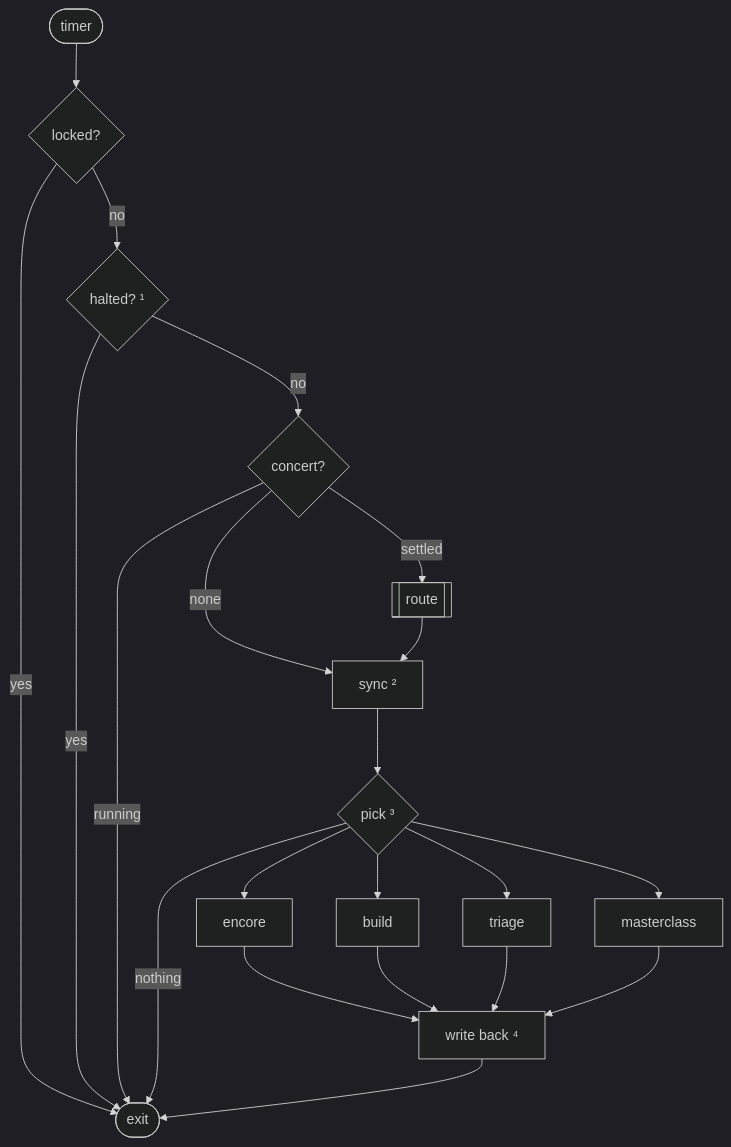
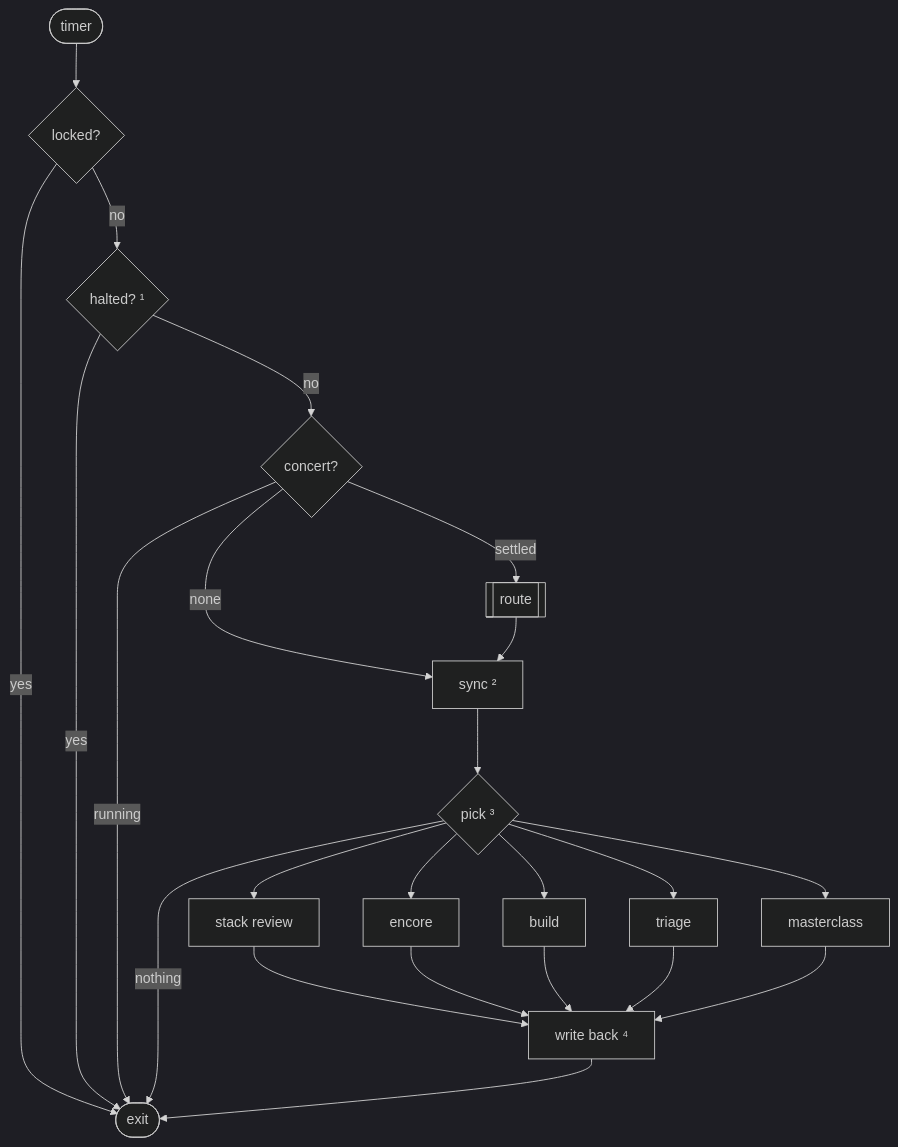
One commit to dvalnn/maestro changed the third of 5 diagrams in docs/agents/factory.md. Above: the diagram before and after it, drawn with Mermaid (dark theme). The commit also changed other lines of this file and 9 other files, not shown here.

First line of the commit message:
feat(factory): review an epic's stack before its last child lands

````diff
--- a/docs/agents/factory.md
+++ b/docs/agents/factory.md
@@ -95,19 +95,20 @@
 ```mermaid
 flowchart TD
     T(["timer"]) --> L{"locked?"}
     L -->|yes| X(["exit"])
     L -->|no| H{"halted? ¹"}
     H -->|yes| X
     H -->|no| C{"concert?"}
     C -->|running| X
     C -->|settled| S[["route"]]
     C -->|none| SY
     S --> SY["sync ²"]
     SY --> P{"pick ³"}
+    P --> SR["stack review"]
     P --> E["encore"]
     P --> SL["build"]
     P --> TR["triage"]
     P --> MC["masterclass"]
     P -->|nothing| X
-    E & SL & TR & MC --> W["write back ⁴"] --> X
+    SR & E & SL & TR & MC --> W["write back ⁴"] --> X
 ```
````
